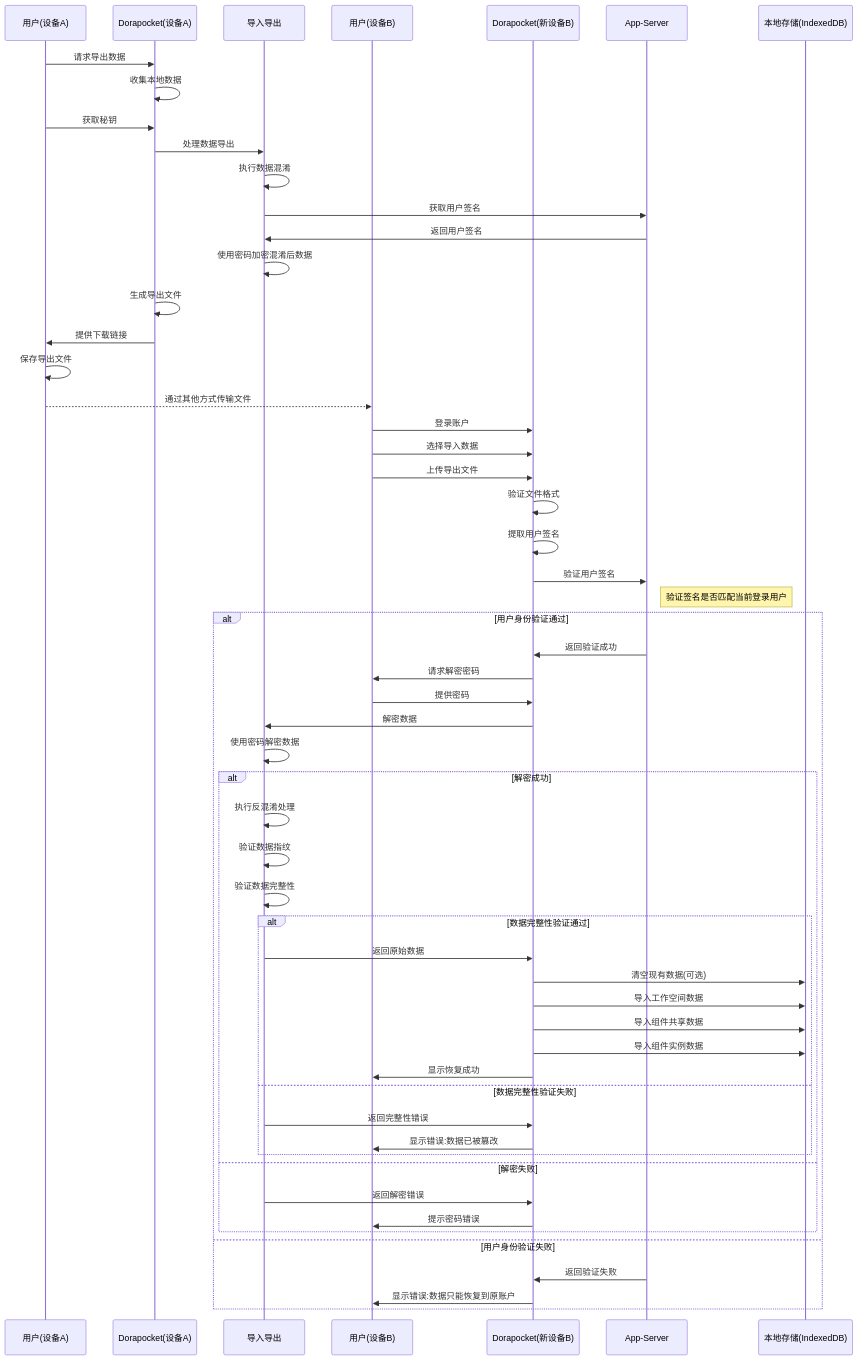
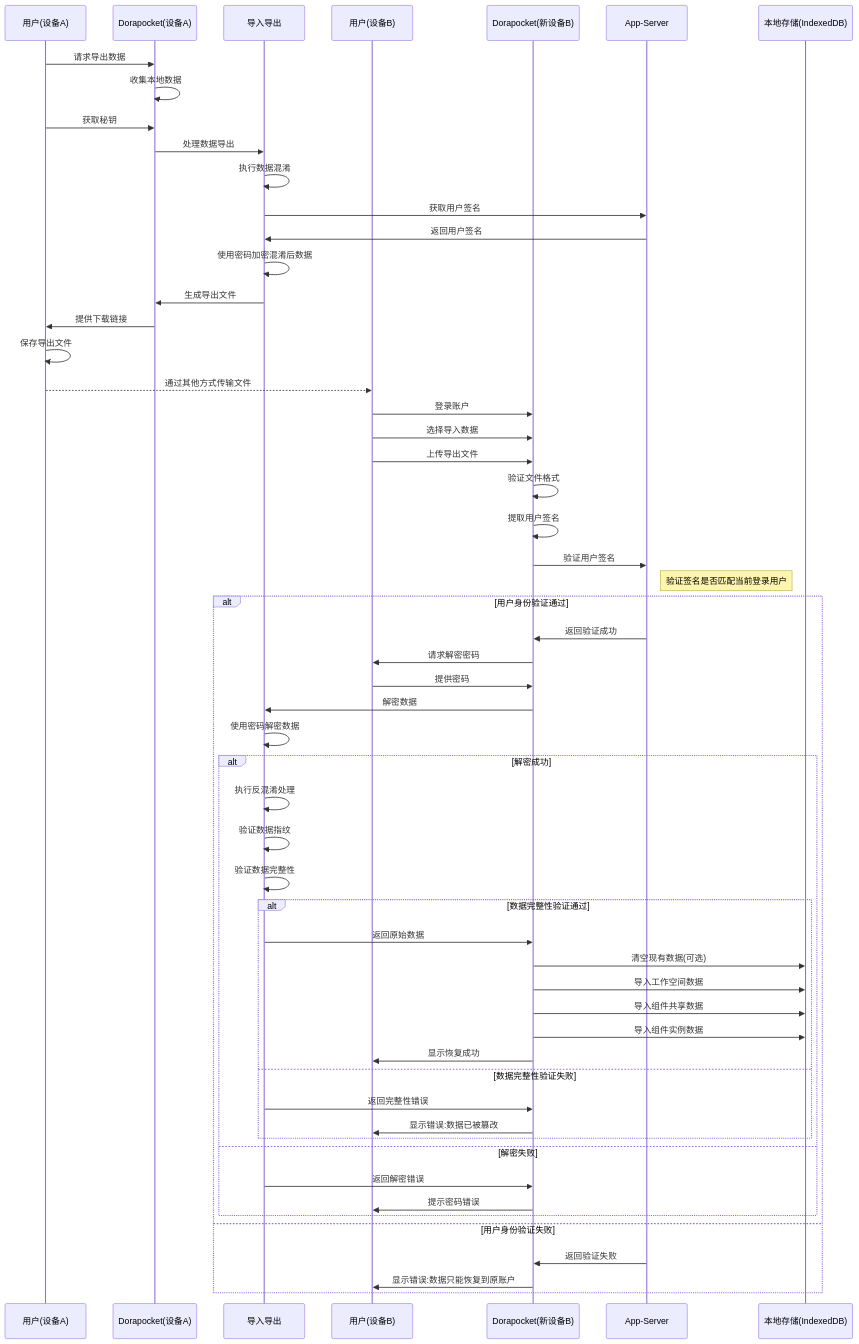
The diagram in all/未命名-34.md (yingjianzh/iodraw-files), drawn with Mermaid before and after one commit.

Commit message:
2025-04-17 16:54:10 update

````diff
--- a/all/未命名-34.md
+++ b/all/未命名-34.md
@@ -1,73 +1,73 @@
 ```mermaid
 sequenceDiagram
     participant UserOld as 用户(设备A)
     participant AppOld as Dorapocket(设备A)
     participant Security as 导入导出
     participant UserNew as 用户(设备B)
     participant AppNew as Dorapocket(新设备B)
     participant AppServer as App-Server
     participant LocalDB as 本地存储(IndexedDB)
     
     %% 导出流程
     UserOld->>AppOld: 请求导出数据
     AppOld->>AppOld: 收集本地数据
     UserOld->>AppOld: 获取秘钥
     
     AppOld->>Security: 处理数据导出
     Security->>Security: 执行数据混淆
     Security->>AppServer: 获取用户签名
     AppServer->>Security: 返回用户签名
     Security->>Security: 使用密码加密混淆后数据
     
-    
-    AppOld->>AppOld: 生成导出文件
+
+    Security->>AppOld: 生成导出文件
     AppOld->>UserOld: 提供下载链接
     UserOld->>UserOld: 保存导出文件
     
     %% 传输文件(由用户完成)
     UserOld-->>UserNew: 通过其他方式传输文件
     
     %% 恢复流程
     UserNew->>AppNew: 登录账户
     UserNew->>AppNew: 选择导入数据
     UserNew->>AppNew: 上传导出文件
     
     AppNew->>AppNew: 验证文件格式
     AppNew->>AppNew: 提取用户签名
     
     AppNew->>AppServer: 验证用户签名
     note right of AppServer: 验证签名是否匹配当前登录用户
     
     alt 用户身份验证通过
         AppServer->>AppNew: 返回验证成功
         AppNew->>UserNew: 请求解密密码
         UserNew->>AppNew: 提供密码
         
         AppNew->>Security: 解密数据
         Security->>Security: 使用密码解密数据
         
         alt 解密成功
             Security->>Security: 执行反混淆处理
             Security->>Security: 验证数据指纹
             Security->>Security: 验证数据完整性
             
             alt 数据完整性验证通过
                 Security->>AppNew: 返回原始数据
                 AppNew->>LocalDB: 清空现有数据(可选)
                 AppNew->>LocalDB: 导入工作空间数据
                 AppNew->>LocalDB: 导入组件共享数据
                 AppNew->>LocalDB: 导入组件实例数据
                 AppNew->>UserNew: 显示恢复成功
             else 数据完整性验证失败
                 Security->>AppNew: 返回完整性错误
                 AppNew->>UserNew: 显示错误:数据已被篡改
             end
         else 解密失败
             Security->>AppNew: 返回解密错误
             AppNew->>UserNew: 提示密码错误
         end
     else 用户身份验证失败
         AppServer->>AppNew: 返回验证失败
         AppNew->>UserNew: 显示错误:数据只能恢复到原账户
     end
 ```
````
